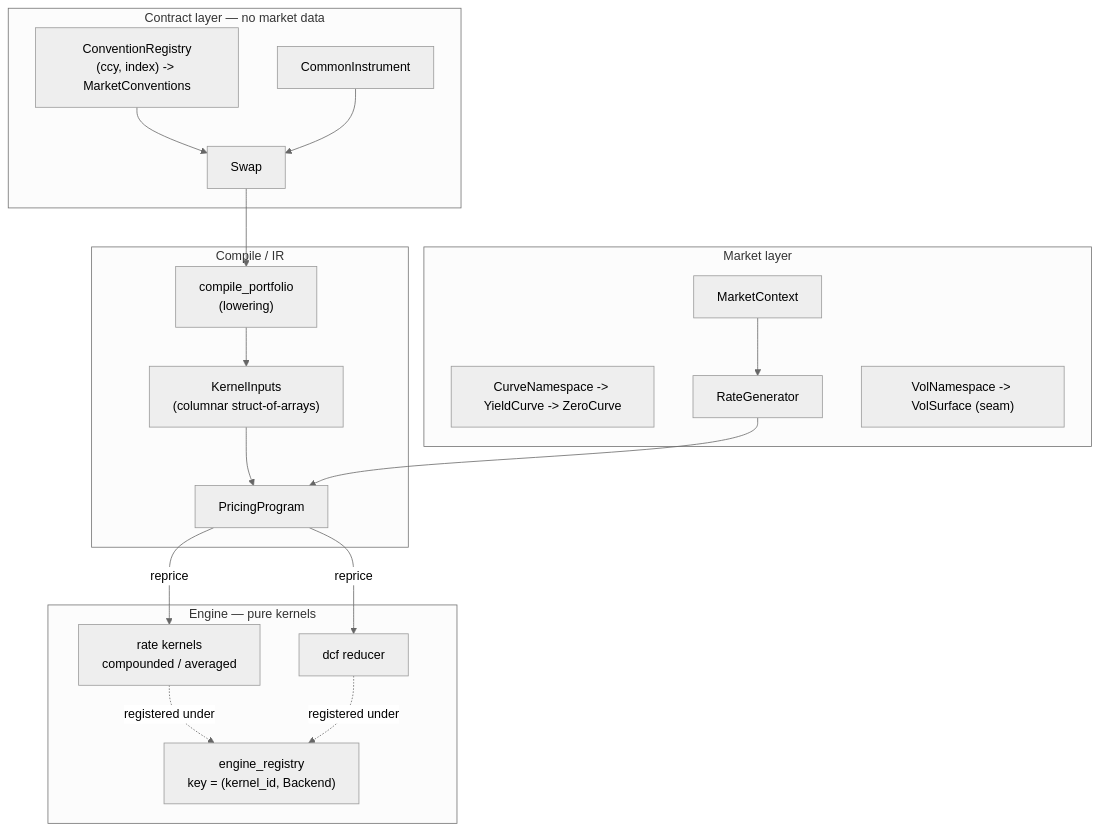
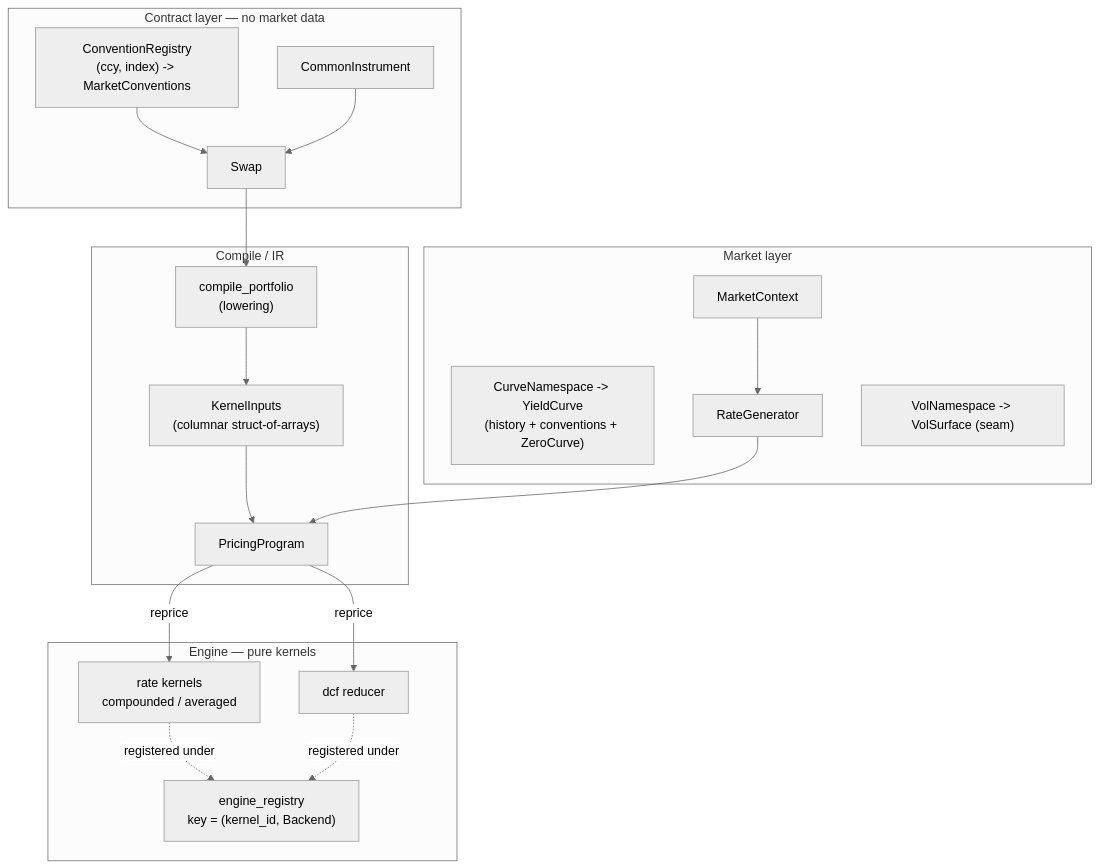
Before and after one commit to rudetastic13/quant-toolkit: the second of 4 diagrams in docs/pricing_architecture.md, drawn with Mermaid (neutral theme). The commit also changed other lines of this file and 21 other files, not shown here.

````diff
--- a/docs/pricing_architecture.md
+++ b/docs/pricing_architecture.md
@@ -84,33 +84,33 @@
 ```mermaid
 flowchart TB
     subgraph CONTRACT["Contract layer — no market data"]
         CONV["ConventionRegistry<br/>(ccy, index) -> MarketConventions"]
         CI["CommonInstrument"]
         RS2["Swap"]
     end
     subgraph MARKET["Market layer"]
         MC["MarketContext"]
-        CN["CurveNamespace -> YieldCurve -> ZeroCurve"]
+        CN["CurveNamespace -> YieldCurve<br/>(history + conventions + ZeroCurve)"]
         RG["RateGenerator"]
         VN["VolNamespace -> VolSurface (seam)"]
     end
     subgraph COMPILE["Compile / IR"]
         CMP["compile_portfolio<br/>(lowering)"]
         KI["KernelInputs<br/>(columnar struct-of-arrays)"]
         PP2["PricingProgram"]
     end
     subgraph ENGINE["Engine — pure kernels"]
         REG["engine_registry<br/>key = (kernel_id, Backend)"]
         RK["rate kernels<br/>compounded / averaged"]
         DCF["dcf reducer"]
     end
 
     CONV --> RS2
     CI --> RS2
     RS2 --> CMP --> KI --> PP2
     MC --> RG --> PP2
     PP2 -- "reprice" --> RK
     PP2 -- "reprice" --> DCF
     RK -. "registered under" .-> REG
     DCF -. "registered under" .-> REG
 ```
````
